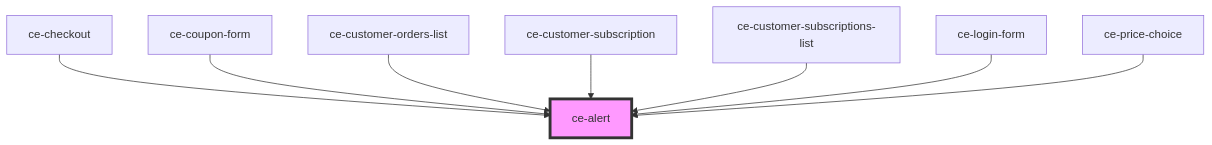
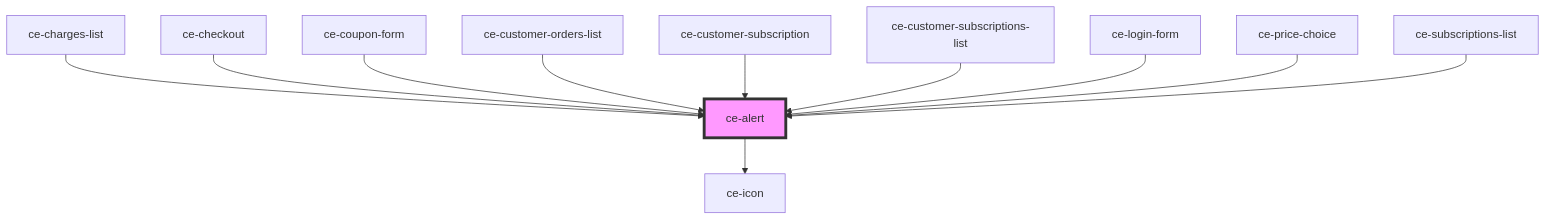
One commit to surecart/surecart-wp-plugin changed the diagram in packages/components/src/components/ui/alert/readme.md. Above: the diagram before and after it, drawn with Mermaid. The commit also changed other lines of this file and 101 other files, not shown here.

````diff
--- a/packages/components/src/components/ui/alert/readme.md
+++ b/packages/components/src/components/ui/alert/readme.md
@@ -73,11 +79,14 @@
 ```mermaid
 graph TD;
+  ce-alert --> ce-icon
+  ce-charges-list --> ce-alert
   ce-checkout --> ce-alert
   ce-coupon-form --> ce-alert
   ce-customer-orders-list --> ce-alert
   ce-customer-subscription --> ce-alert
   ce-customer-subscriptions-list --> ce-alert
   ce-login-form --> ce-alert
   ce-price-choice --> ce-alert
+  ce-subscriptions-list --> ce-alert
   style ce-alert fill:#f9f,stroke:#333,stroke-width:4px
 ```
````
